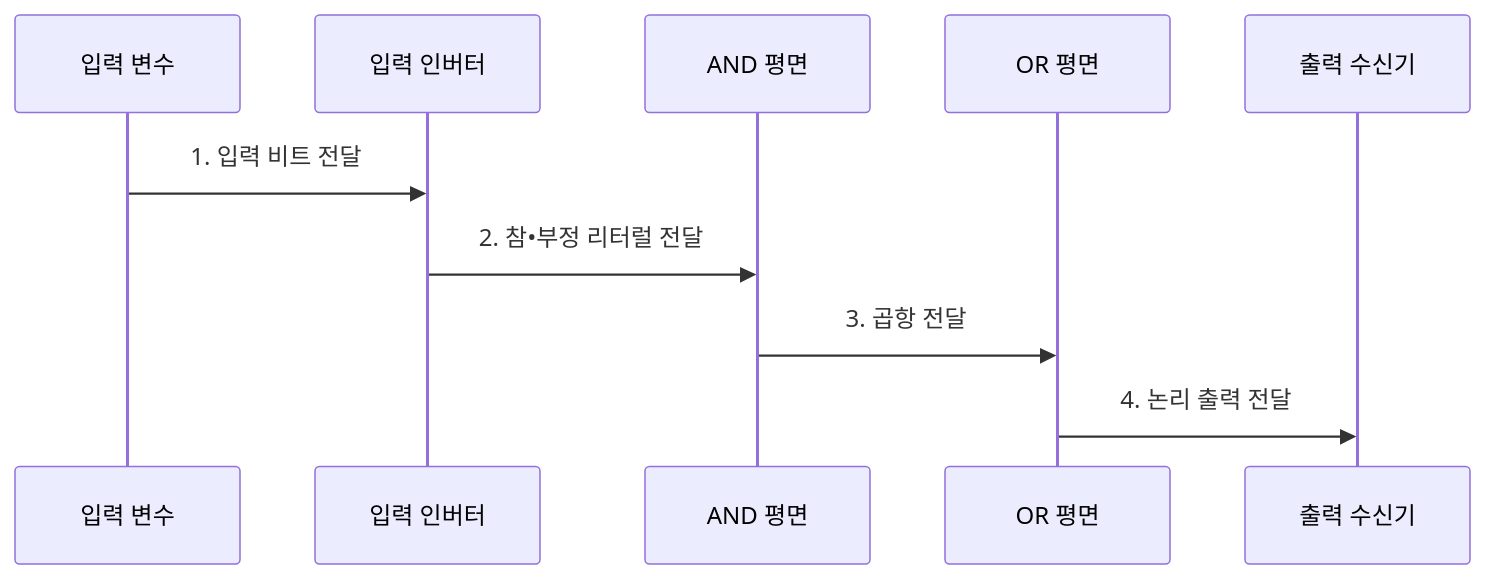
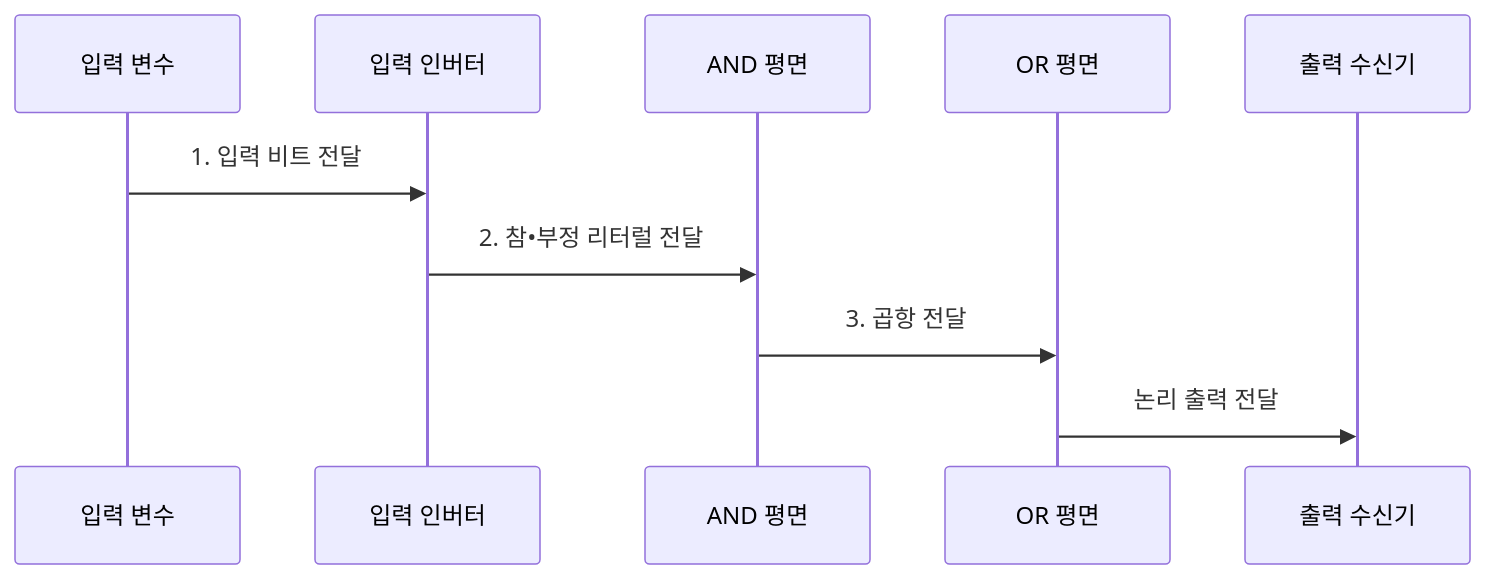
The second of 2 diagrams in src/content/docs/notes/01-basic-theory/025_logic_gates_boolean.md (agnusdei1207/knowledge-base), drawn with Mermaid before and after one commit. The commit also changed other lines of this file and 20 other files, not shown here.

````diff
--- a/src/content/docs/notes/01-basic-theory/025_logic_gates_boolean.md
+++ b/src/content/docs/notes/01-basic-theory/025_logic_gates_boolean.md
@@ -97,12 +98,12 @@
 ```mermaid
 sequenceDiagram
     participant V as 입력 변수
     participant I as 입력 인버터
     participant A as AND 평면
     participant O as OR 평면
     participant Y as 출력 수신기
     V->>I: 1. 입력 비트 전달
     I->>A: 2. 참•부정 리터럴 전달
     A->>O: 3. 곱항 전달
-    O->>Y: 4. 논리 출력 전달
+    O->>Y: 논리 출력 전달
 ```
````
